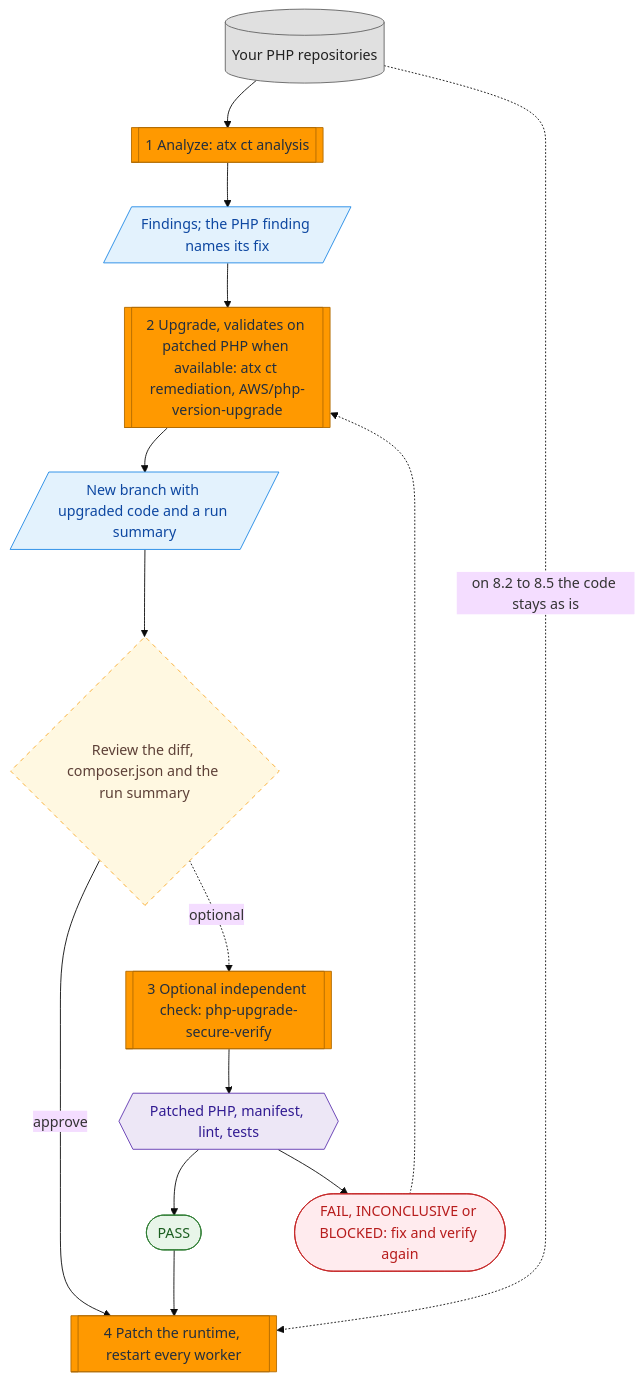
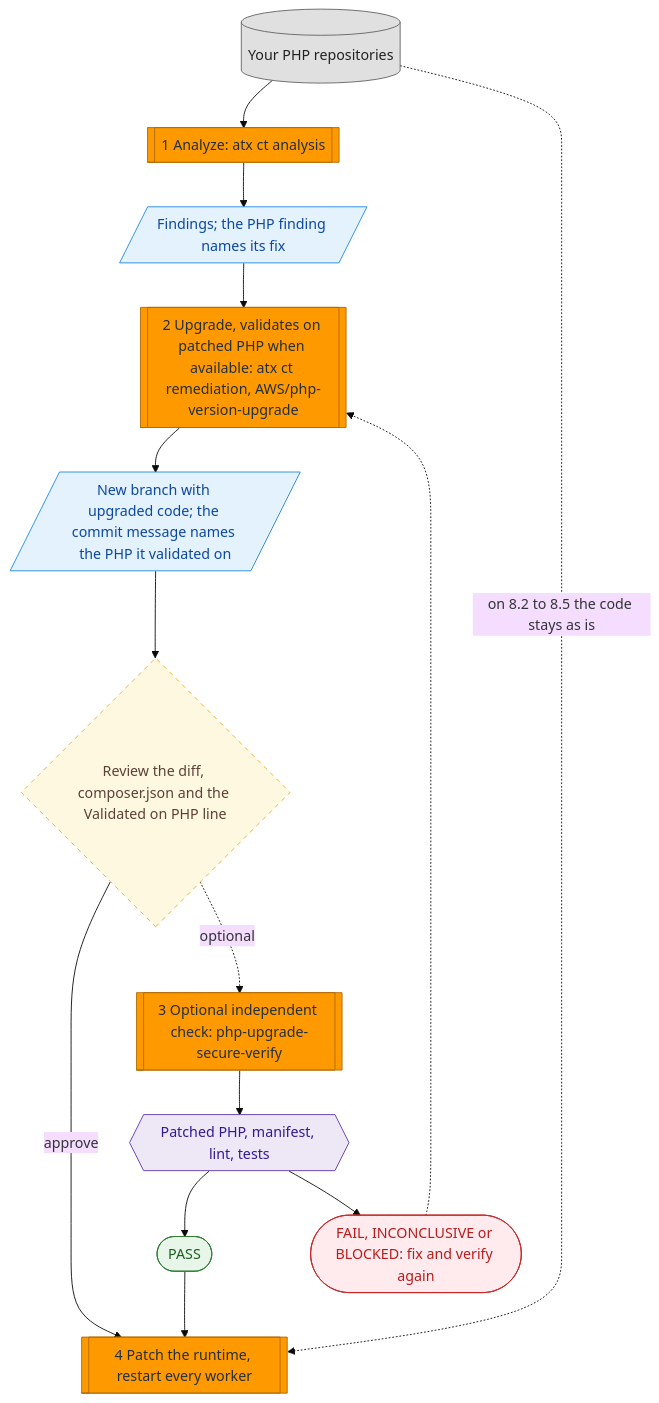
One commit to aws-samples/aws-transform-custom-samples changed the diagram in community-sourced-transformations/php2shell-patch-and-verify/README.md. Above: the diagram before and after it, drawn with Mermaid (base theme). The commit also changed other lines of this file and 1 other file, not shown here.

Commit message:
php2shell: address PR #104 review (limit 300, check Validated on PHP line on a finished run, heading)

````diff
--- a/community-sourced-transformations/php2shell-patch-and-verify/README.md
+++ b/community-sourced-transformations/php2shell-patch-and-verify/README.md
@@ -34,37 +34,37 @@
 ```mermaid
 flowchart TB
     R[("Your PHP repositories")]
     S1[["1 Analyze: atx ct analysis"]]
     F1[/"Findings; the PHP finding names its fix"/]
     S2[["2 Upgrade, validates on patched PHP when available: atx ct remediation, AWS/php-version-upgrade"]]
-    B[/"New branch with upgraded code and a run summary"/]
-    H{"Review the diff, composer.json and the run summary"}
+    B[/"New branch with upgraded code; the commit message names the PHP it validated on"/]
+    H{"Review the diff, composer.json and the Validated on PHP line"}
     S3[["3 Optional independent check: php-upgrade-secure-verify"]]
     G{{"Patched PHP, manifest, lint, tests"}}
     OK(["PASS"])
     NO(["FAIL, INCONCLUSIVE or BLOCKED: fix and verify again"])
     S4[["4 Patch the runtime, restart every worker"]]
 
     R --> S1 --> F1 --> S2 --> B --> H
     H -->|approve| S4
     H -.->|optional| S3 --> G
     G --> OK --> S4
     G --> NO
     NO -.-> S2
     R -.->|on 8.2 to 8.5 the code stays as is| S4
 
     classDef src fill:#E0E0E0,stroke:#616161,color:#212121
     classDef step fill:#FF9900,stroke:#B26B00,color:#232F3E
     classDef out fill:#E3F2FD,stroke:#1E88E5,color:#0D47A1
     classDef human fill:#FFF8E1,stroke:#F9A825,stroke-dasharray:5 5,color:#5D4037
     classDef gate fill:#EDE7F6,stroke:#5E35B1,color:#311B92
     classDef pass fill:#E8F5E9,stroke:#2E7D32,color:#1B5E20
     classDef fail fill:#FFEBEE,stroke:#C62828,color:#B71C1C
     class R src
     class S1,S2,S3,S4 step
     class F1,B out
     class H human
     class G gate
     class OK pass
     class NO fail
 ```
````
